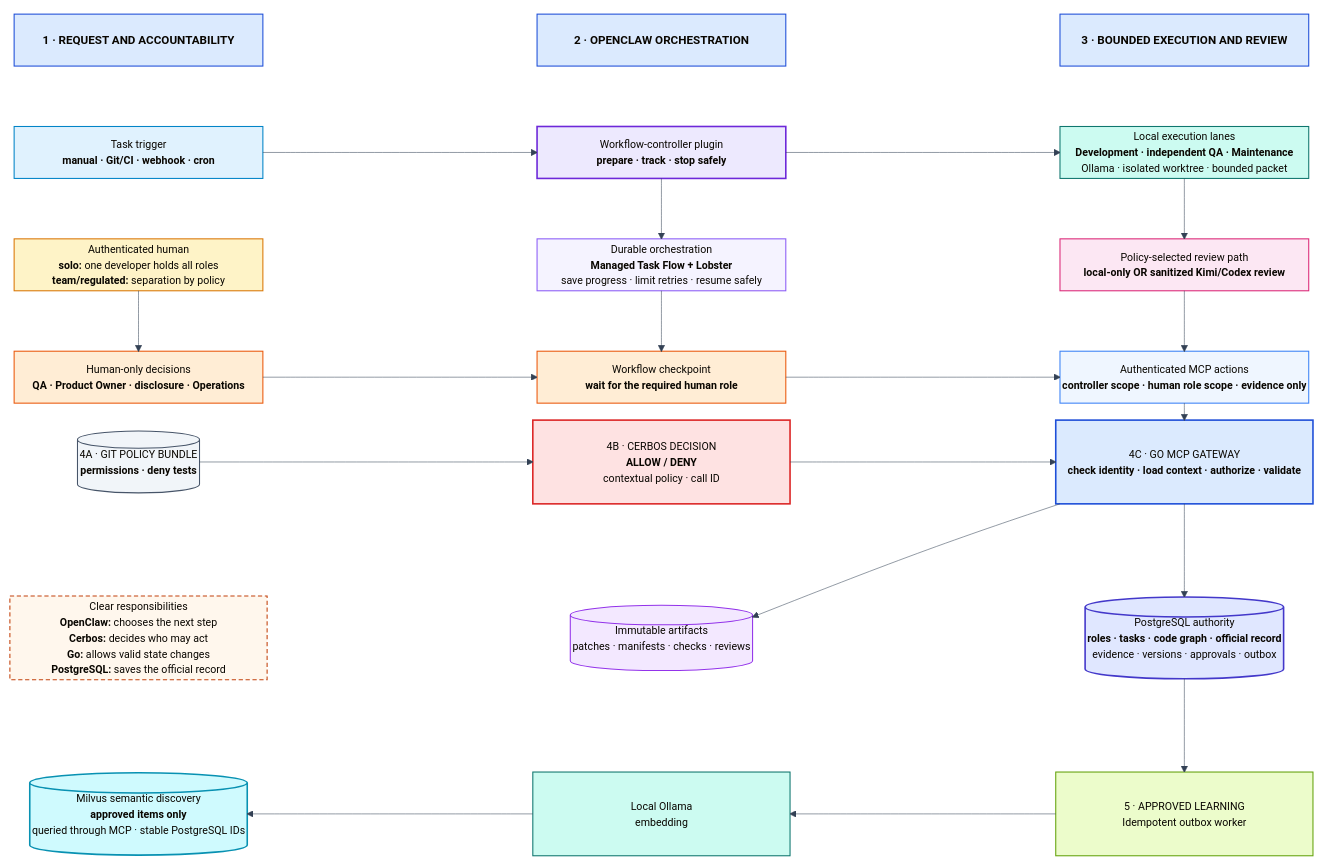
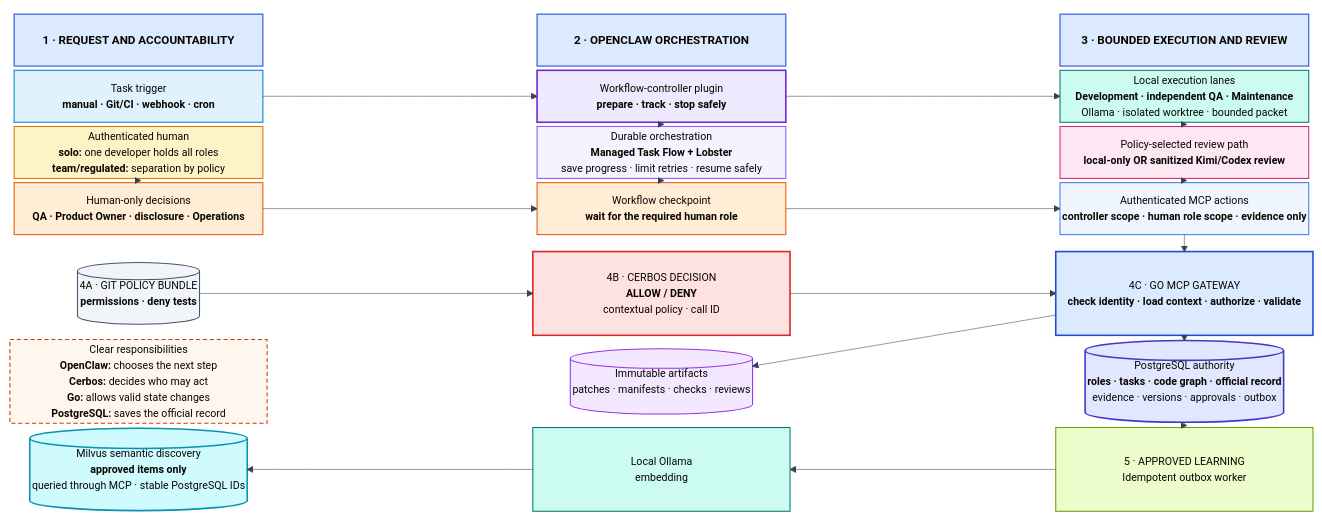
The diagram in docs/diagrams/openclaw-agentic-automation-workflow.mmd (dhanuka84/local-ai-development-platform), drawn with Mermaid before and after one commit. The commit also changed 13 other files, not shown here.

```diff
--- a/docs/diagrams/openclaw-agentic-automation-workflow.mmd
+++ b/docs/diagrams/openclaw-agentic-automation-workflow.mmd
@@ -1,129 +1,118 @@
 ---
 title: OpenClaw Agentic Automation — Local-First Execution with Human Governance
 ---
 %%{init: {"theme": "base", "themeVariables": {"fontFamily": "Inter, Arial, sans-serif", "fontSize": "20px", "primaryTextColor": "#172033", "lineColor": "#334155", "edgeLabelBackground": "#ffffff"}, "themeCSS": ".edge-thickness-normal { stroke-width: 4px !important; } .marker path { fill: context-stroke !important; stroke: context-stroke !important; } #my-svg-1-HUMAN-GATES, #my-svg-1-TRIGGER-CONTROLLER { stroke: #2563eb !important; } #my-svg-1-CONTROLLER-TASKFLOW, #my-svg-1-TASKFLOW-CHECKPOINT, #my-svg-1-GATES-CHECKPOINT { stroke: #7c3aed !important; } #my-svg-1-CONTROLLER-LOCAL, #my-svg-1-LOCAL-ROUTE, #my-svg-1-ROUTE-CALLS, #my-svg-1-CHECKPOINT-CALLS { stroke: #ea580c !important; } #my-svg-1-CALLS-MCP, #my-svg-1-POLICIES-CERBOS, #my-svg-1-CERBOS-MCP { stroke: #dc2626 !important; } #my-svg-1-MCP-POSTGRES, #my-svg-1-MCP-ARTIFACTS { stroke: #047857 !important; } #my-svg-1-POSTGRES-OUTBOX, #my-svg-1-OUTBOX-EMBEDDING, #my-svg-1-EMBEDDING-MILVUS { stroke: #65a30d !important; }"}}%%
 block
   columns 1
 
   block:top
     columns 5
     block:request
       columns 1
       H1["1 · REQUEST AND ACCOUNTABILITY"]
-      space
       TRIGGER["Task trigger<br/><b>manual · Git/CI · webhook · cron</b>"]
-      space
       HUMAN["Authenticated human<br/><b>solo:</b> one developer holds all roles<br/><b>team/regulated:</b> separation by policy"]
-      space
       GATES["Human-only decisions<br/><b>QA · Product Owner · disclosure · Operations</b>"]
     end
 
     space
 
     block:orchestrate
       columns 1
       H2["2 · OPENCLAW ORCHESTRATION"]
-      space
       CONTROLLER["Workflow-controller plugin<br/><b>prepare · track · stop safely</b>"]
-      space
       TASKFLOW["Durable orchestration<br/><b>Managed Task Flow + Lobster</b><br/>save progress · limit retries · resume safely"]
-      space
       CHECKPOINT["Workflow checkpoint<br/><b>wait for the required human role</b>"]
     end
 
     space
 
     block:execute
       columns 1
       H3["3 · BOUNDED EXECUTION AND REVIEW"]
-      space
       LOCAL["Local execution lanes<br/><b>Development · independent QA · Maintenance</b><br/>Ollama · isolated worktree · bounded packet"]
-      space
       ROUTE["Policy-selected review path<br/><b>local-only OR sanitized Kimi/Codex review</b>"]
-      space
       CALLS["Authenticated MCP actions<br/><b>controller scope · human role scope · evidence only</b>"]
     end
   end
 
   block:trust
     columns 5
     POLICIES[("4A · GIT POLICY BUNDLE<br/><b>permissions · deny tests</b>")]
     space
     CERBOS["4B · CERBOS DECISION<br/><b>ALLOW / DENY</b><br/>contextual policy · call ID"]
     space
     MCP["4C · GO MCP GATEWAY<br/><b>check identity · load context · authorize · validate</b>"]
-    space:5
     SPLIT["Clear responsibilities<br/><b>OpenClaw:</b> chooses the next step<br/><b>Cerbos:</b> decides who may act<br/><b>Go:</b> allows valid state changes<br/><b>PostgreSQL:</b> saves the official record"]
     space
     ARTIFACTS[("Immutable artifacts<br/>patches · manifests · checks · reviews")]
     space
     POSTGRES[("PostgreSQL authority<br/><b>roles · tasks · code graph · official record</b><br/>evidence · versions · approvals · outbox")]
-    space:5
     MILVUS[("Milvus semantic discovery<br/><b>approved items only</b><br/>queried through MCP · stable PostgreSQL IDs")]
     space
     EMBEDDING["Local Ollama<br/>embedding"]
     space
     OUTBOX["5 · APPROVED LEARNING<br/>Idempotent outbox worker"]
   end
 
   HUMAN --> GATES
   TRIGGER --> CONTROLLER
   CONTROLLER --> LOCAL
   CONTROLLER --> TASKFLOW
   TASKFLOW --> CHECKPOINT
   LOCAL --> ROUTE
   ROUTE --> CALLS
   GATES --> CHECKPOINT
   CHECKPOINT --> CALLS
   CALLS --> MCP
 
   POLICIES --> CERBOS
   CERBOS --> MCP
   MCP --> POSTGRES
   MCP --> ARTIFACTS
   POSTGRES --> OUTBOX
   OUTBOX --> EMBEDDING
   EMBEDDING --> MILVUS
 
   classDef header fill:#dbeafe,stroke:#1d4ed8,stroke-width:2px,color:#172554,font-size:22px,font-weight:bold;
   classDef trigger fill:#e0f2fe,stroke:#0284c7,stroke-width:2px,color:#0c4a6e;
   classDef human fill:#fef3c7,stroke:#d97706,stroke-width:2px,color:#78350f;
   classDef gate fill:#ffedd5,stroke:#ea580c,stroke-width:2px,color:#7c2d12;
   classDef openclaw fill:#f5f3ff,stroke:#8b5cf6,stroke-width:2px,color:#3b0764;
   classDef openclawStrong fill:#ede9fe,stroke:#6d28d9,stroke-width:3px,color:#3b0764;
   classDef local fill:#ccfbf1,stroke:#0f766e,stroke-width:2px,color:#134e4a;
   classDef cloud fill:#fce7f3,stroke:#db2777,stroke-width:2px,color:#831843;
   classDef gatewayLight fill:#eff6ff,stroke:#3b82f6,stroke-width:2px,color:#1e3a8a;
   classDef gateway fill:#dbeafe,stroke:#1d4ed8,stroke-width:3px,color:#172554;
   classDef authz fill:#fee2e2,stroke:#dc2626,stroke-width:3px,color:#7f1d1d;
   classDef database fill:#e0e7ff,stroke:#4338ca,stroke-width:3px,color:#312e81;
   classDef storage fill:#f3e8ff,stroke:#9333ea,stroke-width:2px,color:#581c87;
   classDef git fill:#f1f5f9,stroke:#475569,stroke-width:2px,color:#0f172a;
   classDef worker fill:#ecfccb,stroke:#65a30d,stroke-width:2px,color:#365314;
   classDef vector fill:#cffafe,stroke:#0891b2,stroke-width:3px,color:#164e63;
   classDef note fill:#fff7ed,stroke:#c2410c,stroke-width:2px,stroke-dasharray:8 5,color:#7c2d12;
 
   class H1,H2,H3 header
   class TRIGGER trigger
   class HUMAN human
   class GATES gate
   class CONTROLLER openclawStrong
   class TASKFLOW openclaw
   class CHECKPOINT gate
   class LOCAL,EMBEDDING local
   class ROUTE cloud
   class CALLS gatewayLight
   class MCP gateway
   class CERBOS authz
   class POSTGRES database
   class ARTIFACTS storage
   class POLICIES git
   class OUTBOX worker
   class MILVUS vector
   class SPLIT note
 
   style request fill:#ffffff,stroke:#ffffff,stroke-width:0px
   style orchestrate fill:#ffffff,stroke:#ffffff,stroke-width:0px
   style execute fill:#ffffff,stroke:#ffffff,stroke-width:0px
   style top fill:#ffffff,stroke:#ffffff,stroke-width:0px
   style trust fill:#ffffff,stroke:#ffffff,stroke-width:0px
```
